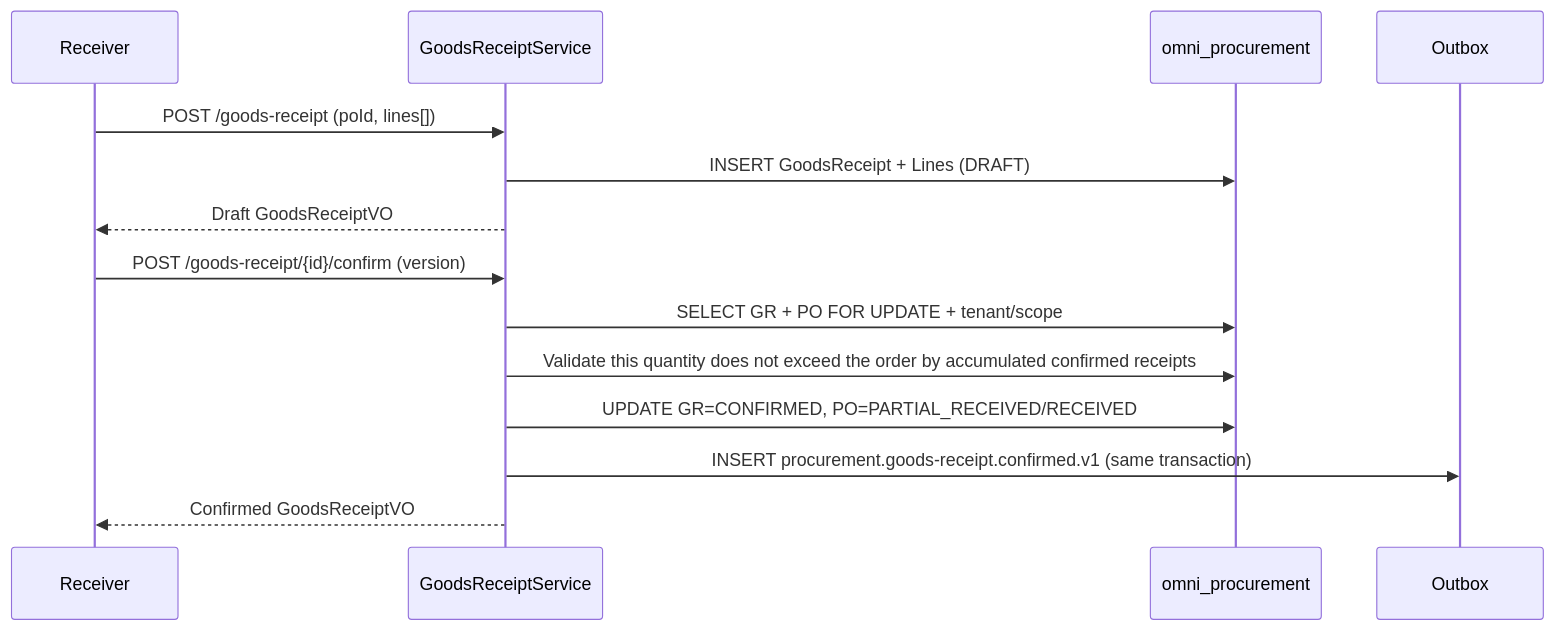
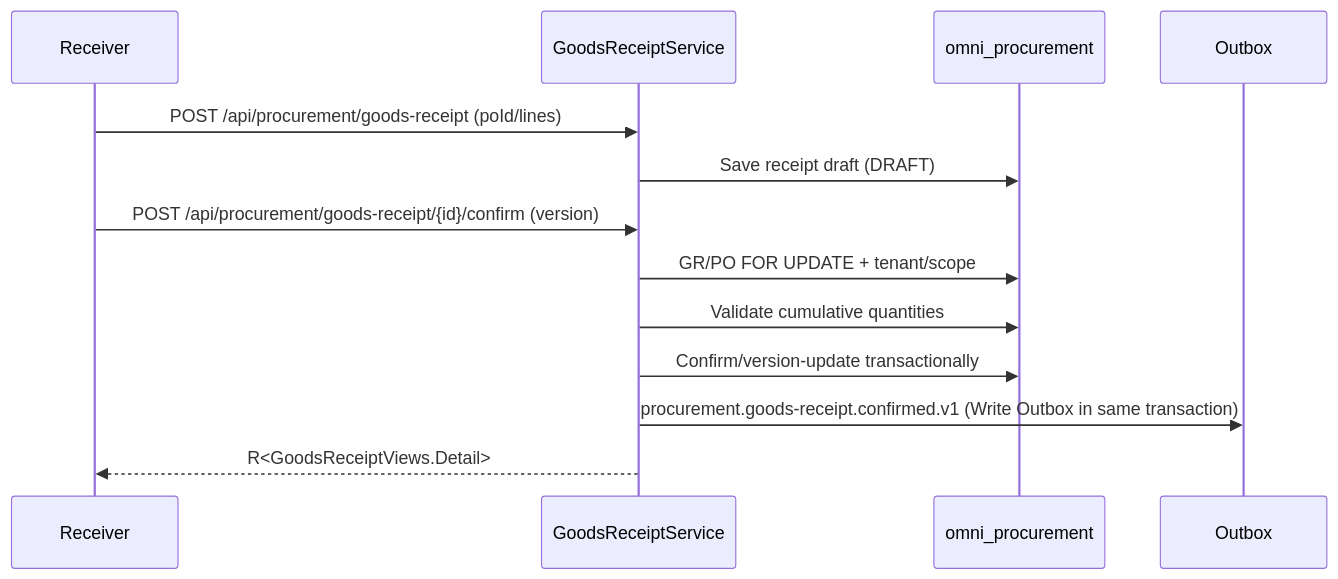
Before and after one commit to wang-baohai/Omni-Stack: the seventh of 7 diagrams in docs/design/procurement-design.en.md, drawn with Mermaid. The commit also changed other lines of this file and 1095 other files, not shown here.

````diff
--- a/docs/design/procurement-design.en.md
+++ b/docs/design/procurement-design.en.md
@@ -334,17 +336,15 @@
 ```mermaid
 sequenceDiagram
     participant R as Receiver
     participant S as GoodsReceiptService
     participant DB as omni_procurement
     participant O as Outbox
-
-    R->>S: POST /goods-receipt (poId, lines[])
-    S->>DB: INSERT GoodsReceipt + Lines (DRAFT)
-    S-->>R: Draft GoodsReceiptVO
-    R->>S: POST /goods-receipt/{id}/confirm (version)
-    S->>DB: SELECT GR + PO FOR UPDATE + tenant/scope
-    S->>DB: Validate this quantity does not exceed the order by accumulated confirmed receipts
-    S->>DB: UPDATE GR=CONFIRMED, PO=PARTIAL_RECEIVED/RECEIVED
-    S->>O: INSERT procurement.goods-receipt.confirmed.v1 (same transaction)
-    S-->>R: Confirmed GoodsReceiptVO
+    R->>S: POST /api/procurement/goods-receipt (poId/lines)
+    S->>DB: Save receipt draft (DRAFT)
+    R->>S: POST /api/procurement/goods-receipt/{id}/confirm (version)
+    S->>DB: GR/PO FOR UPDATE + tenant/scope
+    S->>DB: Validate cumulative quantities
+    S->>DB: Confirm/version-update transactionally
+    S->>O: procurement.goods-receipt.confirmed.v1 (Write Outbox in same transaction)
+    S-->>R: R<GoodsReceiptViews.Detail>
 ```
````
